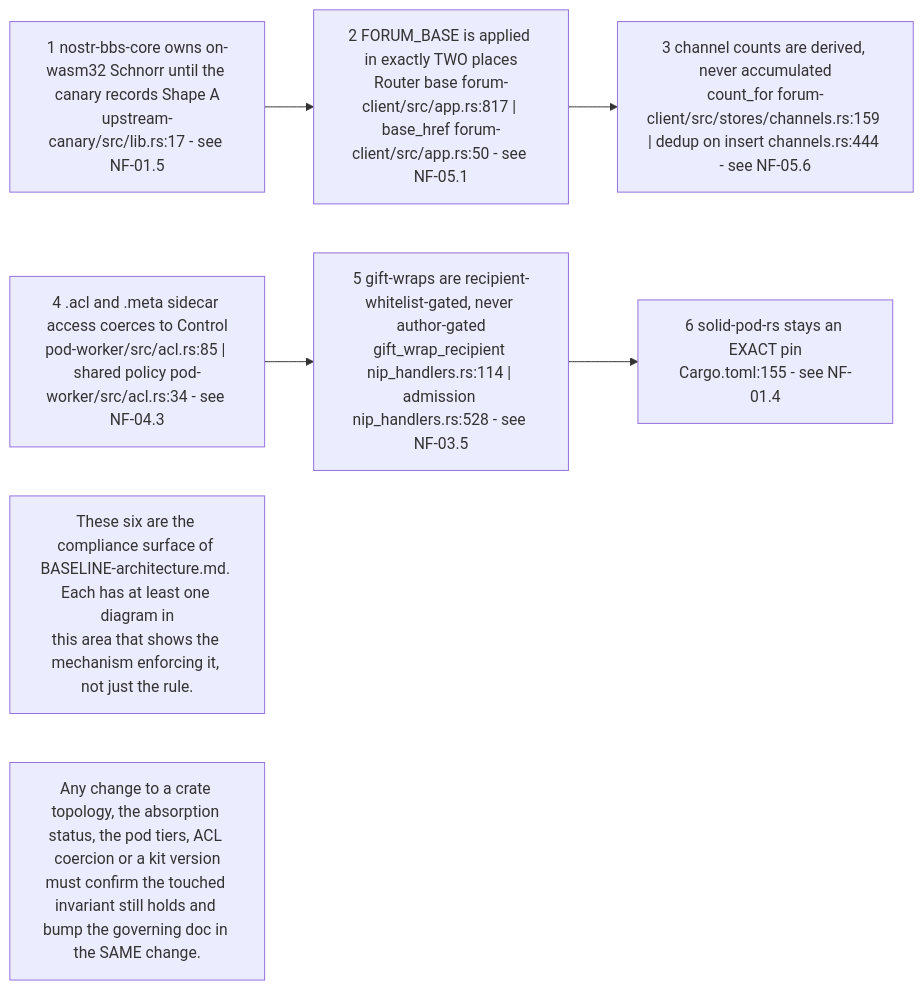
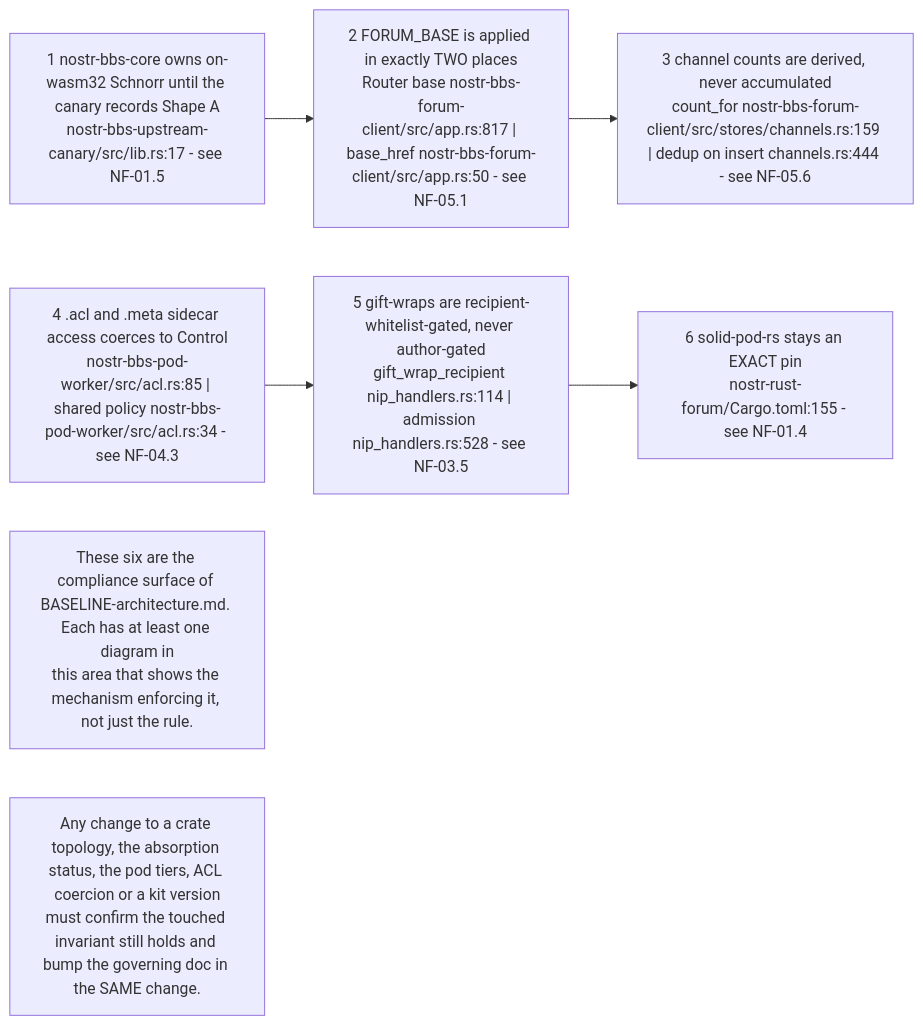
Before and after one commit to DreamLab-AI/VisionFlow: the first of 10 diagrams in docs/diagrams/nostr-rust-forum/10-invariants-and-anomaly-register.md, drawn with Mermaid. The commit also changed other lines of this file and 185 other files, not shown here.

Commit message:
docs(estate): reconcile diagrams and ADRs with source and define closeout sprint

````diff
--- a/docs/diagrams/nostr-rust-forum/10-invariants-and-anomaly-register.md
+++ b/docs/diagrams/nostr-rust-forum/10-invariants-and-anomaly-register.md
@@ -51,15 +53,15 @@
 ```mermaid
 flowchart LR
-    I1["1 nostr-bbs-core owns on-wasm32 Schnorr until the canary records Shape A<br/>upstream-canary/src/lib.rs:17 - see NF-01.5"]
-    I2["2 FORUM_BASE is applied in exactly TWO places<br/>Router base forum-client/src/app.rs:817 | base_href forum-client/src/app.rs:50 - see NF-05.1"]
-    I3["3 channel counts are derived, never accumulated<br/>count_for forum-client/src/stores/channels.rs:159 | dedup on insert channels.rs:444 - see NF-05.6"]
-    I4["4 .acl and .meta sidecar access coerces to Control<br/>pod-worker/src/acl.rs:85 | shared policy pod-worker/src/acl.rs:34 - see NF-04.3"]
+    I1["1 nostr-bbs-core owns on-wasm32 Schnorr until the canary records Shape A<br/>nostr-bbs-upstream-canary/src/lib.rs:17 - see NF-01.5"]
+    I2["2 FORUM_BASE is applied in exactly TWO places<br/>Router base nostr-bbs-forum-client/src/app.rs:817 | base_href nostr-bbs-forum-client/src/app.rs:50 - see NF-05.1"]
+    I3["3 channel counts are derived, never accumulated<br/>count_for nostr-bbs-forum-client/src/stores/channels.rs:159 | dedup on insert channels.rs:444 - see NF-05.6"]
+    I4["4 .acl and .meta sidecar access coerces to Control<br/>nostr-bbs-pod-worker/src/acl.rs:85 | shared policy nostr-bbs-pod-worker/src/acl.rs:34 - see NF-04.3"]
     I5["5 gift-wraps are recipient-whitelist-gated, never author-gated<br/>gift_wrap_recipient nip_handlers.rs:114 | admission nip_handlers.rs:528 - see NF-03.5"]
-    I6["6 solid-pod-rs stays an EXACT pin<br/>Cargo.toml:155 - see NF-01.4"]
+    I6["6 solid-pod-rs stays an EXACT pin<br/>nostr-rust-forum/Cargo.toml:155 - see NF-01.4"]
 
     I1 --> I2 --> I3
     I4 --> I5 --> I6
 
     N1["These six are the compliance surface of BASELINE-architecture.md. Each has at least one diagram in<br/>this area that shows the mechanism enforcing it, not just the rule."]
     N2["Any change to a crate topology, the absorption status, the pod tiers, ACL coercion or a kit version<br/>must confirm the touched invariant still holds and bump the governing doc in the SAME change."]
 ```
````
